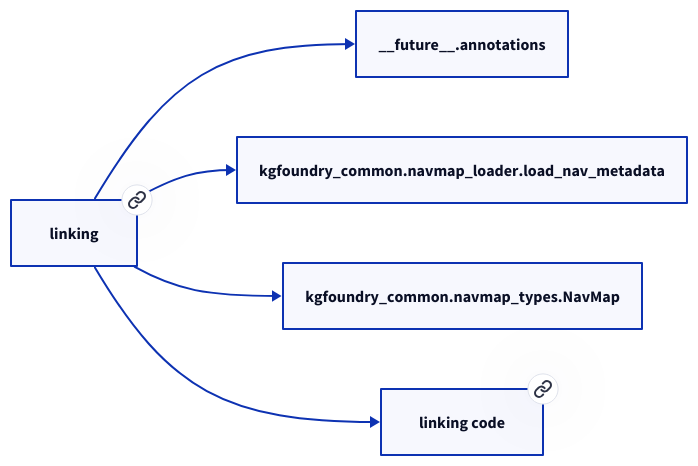
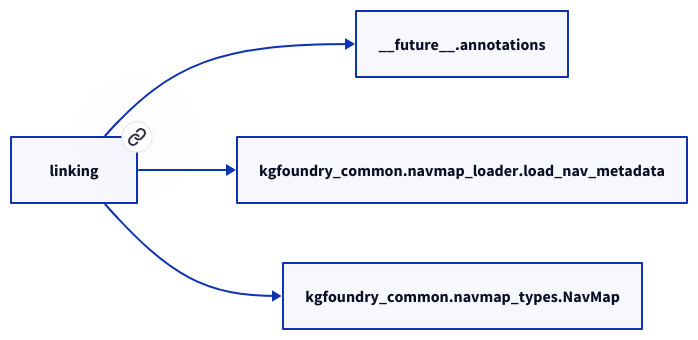
The diagram in docs/modules/linking.md (paul-heyse/kgforge), drawn with D2 before and after one commit. The commit also changed other lines of this file and 118 other files, not shown here.

````diff
--- a/docs/modules/linking.md
+++ b/docs/modules/linking.md
@@ -17,12 +15,10 @@
 ```d2
 direction: right
-"linking": "linking" { link: "./linking.md" }
+"linking": "linking" { link: "linking.md" }
 "__future__.annotations": "__future__.annotations"
 "linking" -> "__future__.annotations"
 "kgfoundry_common.navmap_loader.load_nav_metadata": "kgfoundry_common.navmap_loader.load_nav_metadata"
 "linking" -> "kgfoundry_common.navmap_loader.load_nav_metadata"
 "kgfoundry_common.navmap_types.NavMap": "kgfoundry_common.navmap_types.NavMap"
 "linking" -> "kgfoundry_common.navmap_types.NavMap"
-"linking_code": "linking code" { link: "https://github.com/kgfoundry/kgfoundry/blob/main/src/linking/__init__.py" }
-"linking" -> "linking_code" { style: dashed }
 ```
````
